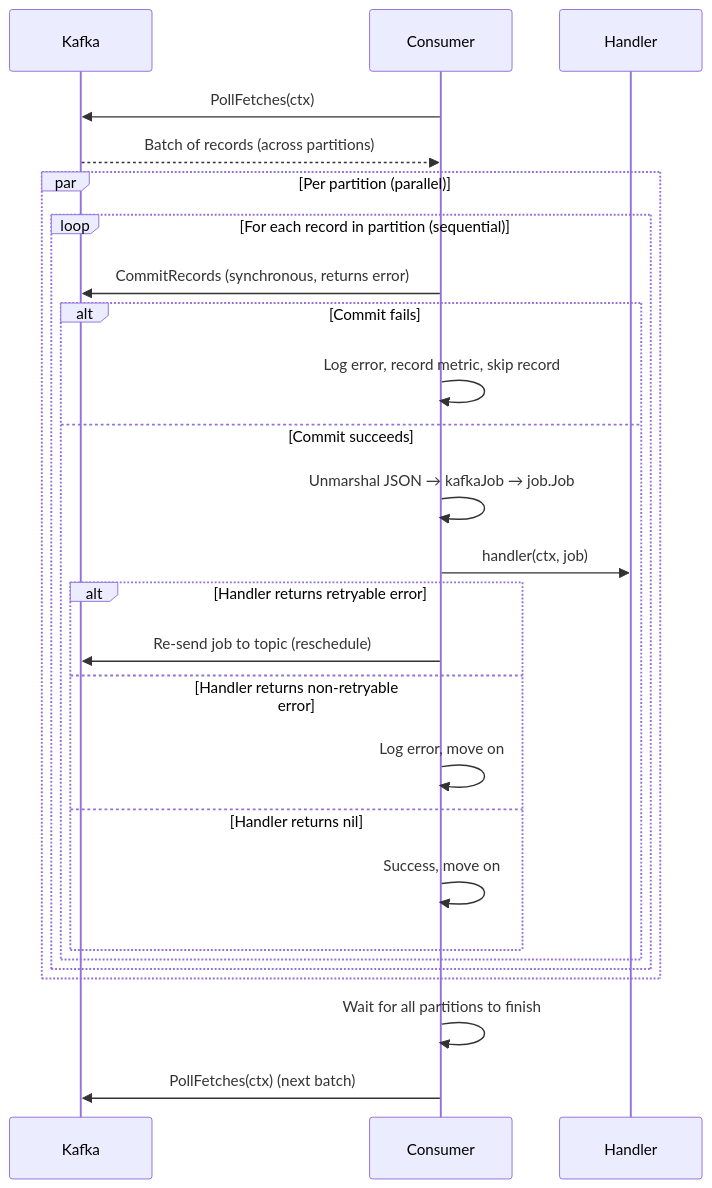
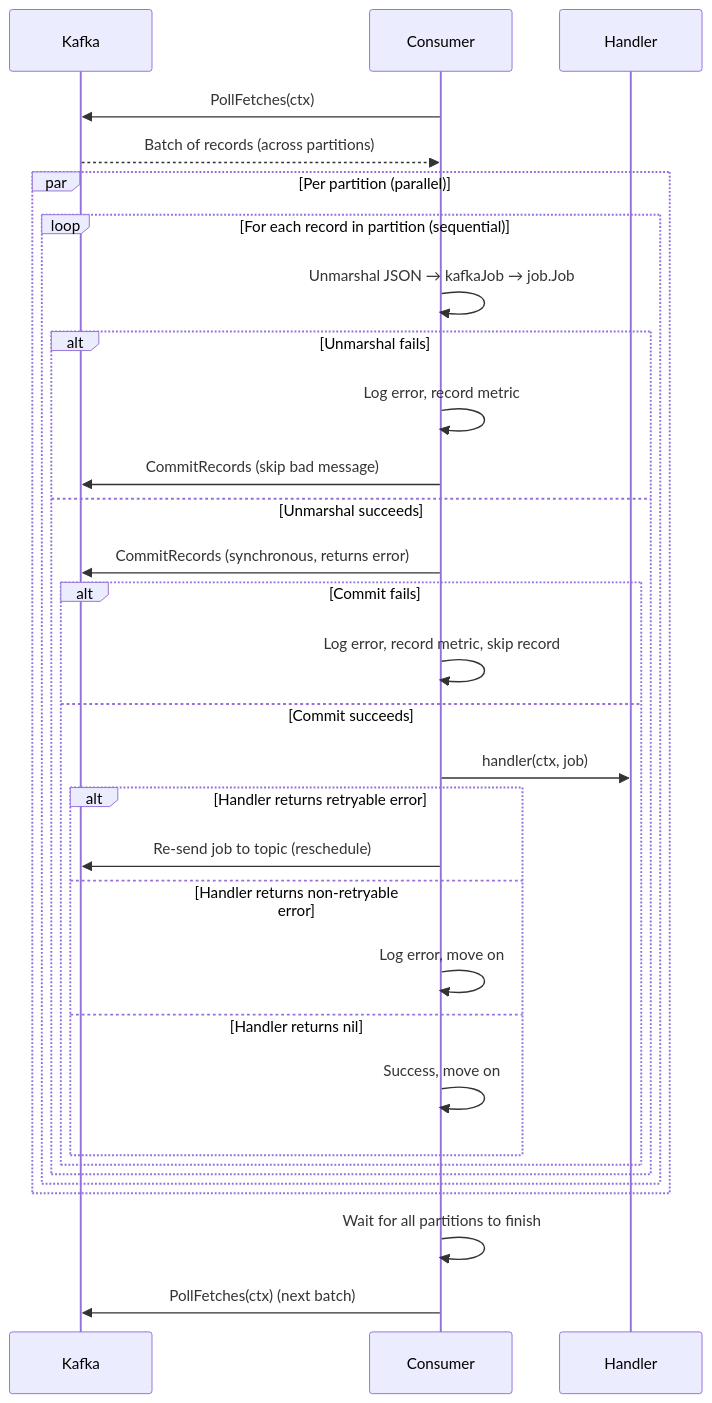
The second of 11 diagrams in kafka/README.md (matmazurk/oidc-keepie), drawn with Mermaid before and after one commit. The commit also changed other lines of this file and 1 other file, not shown here.

Commit message:
update kafka client

````diff
--- a/kafka/README.md
+++ b/kafka/README.md
@@ -41,31 +41,36 @@
 ```mermaid
 sequenceDiagram
     participant Kafka
     participant Consumer
     participant Handler
 
     Consumer->>Kafka: PollFetches(ctx)
     Kafka-->>Consumer: Batch of records (across partitions)
 
     par Per partition (parallel)
         loop For each record in partition (sequential)
-            Consumer->>Kafka: CommitRecords (synchronous, returns error)
-            alt Commit fails
-                Consumer->>Consumer: Log error, record metric, skip record
-            else Commit succeeds
-                Consumer->>Consumer: Unmarshal JSON → kafkaJob → job.Job
-                Consumer->>Handler: handler(ctx, job)
-                alt Handler returns retryable error
-                    Consumer->>Kafka: Re-send job to topic (reschedule)
-                else Handler returns non-retryable error
-                    Consumer->>Consumer: Log error, move on
-                else Handler returns nil
-                    Consumer->>Consumer: Success, move on
+            Consumer->>Consumer: Unmarshal JSON → kafkaJob → job.Job
+            alt Unmarshal fails
+                Consumer->>Consumer: Log error, record metric
+                Consumer->>Kafka: CommitRecords (skip bad message)
+            else Unmarshal succeeds
+                Consumer->>Kafka: CommitRecords (synchronous, returns error)
+                alt Commit fails
+                    Consumer->>Consumer: Log error, record metric, skip record
+                else Commit succeeds
+                    Consumer->>Handler: handler(ctx, job)
+                    alt Handler returns retryable error
+                        Consumer->>Kafka: Re-send job to topic (reschedule)
+                    else Handler returns non-retryable error
+                        Consumer->>Consumer: Log error, move on
+                    else Handler returns nil
+                        Consumer->>Consumer: Success, move on
+                    end
                 end
             end
         end
     end
 
     Consumer->>Consumer: Wait for all partitions to finish
     Consumer->>Kafka: PollFetches(ctx) (next batch)
 ```
````
